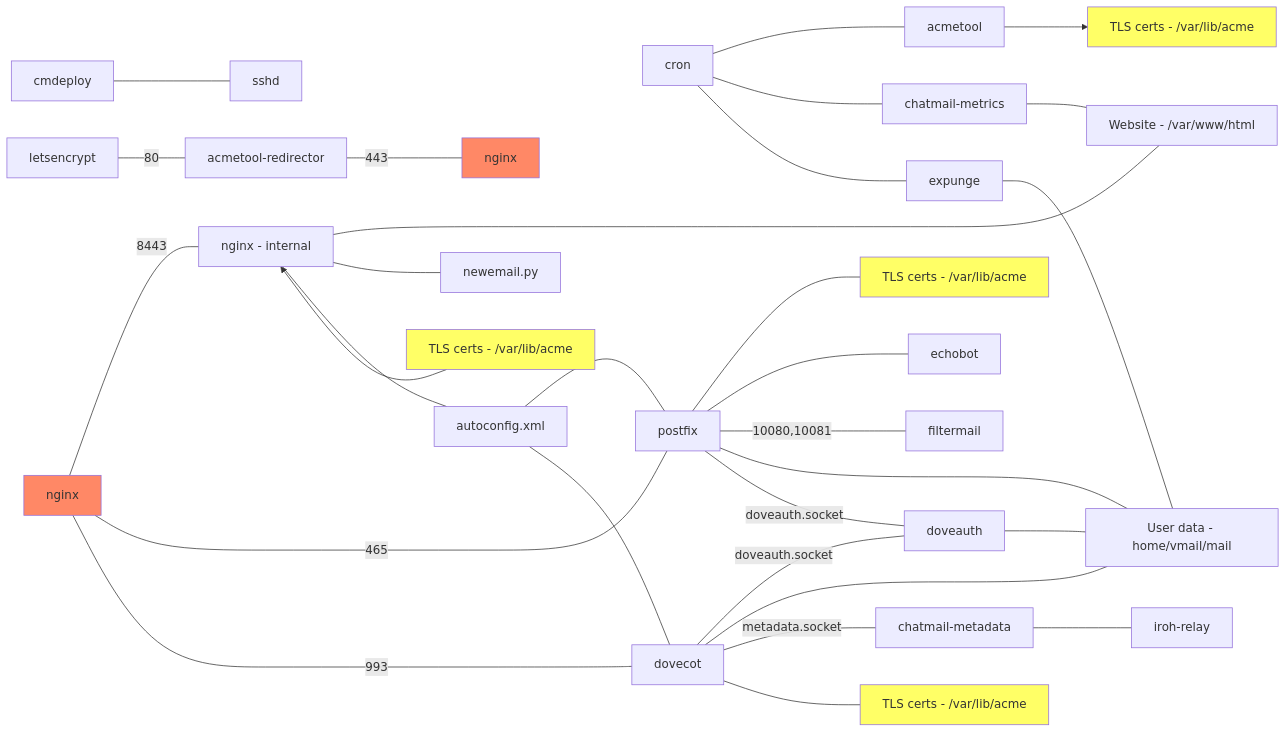
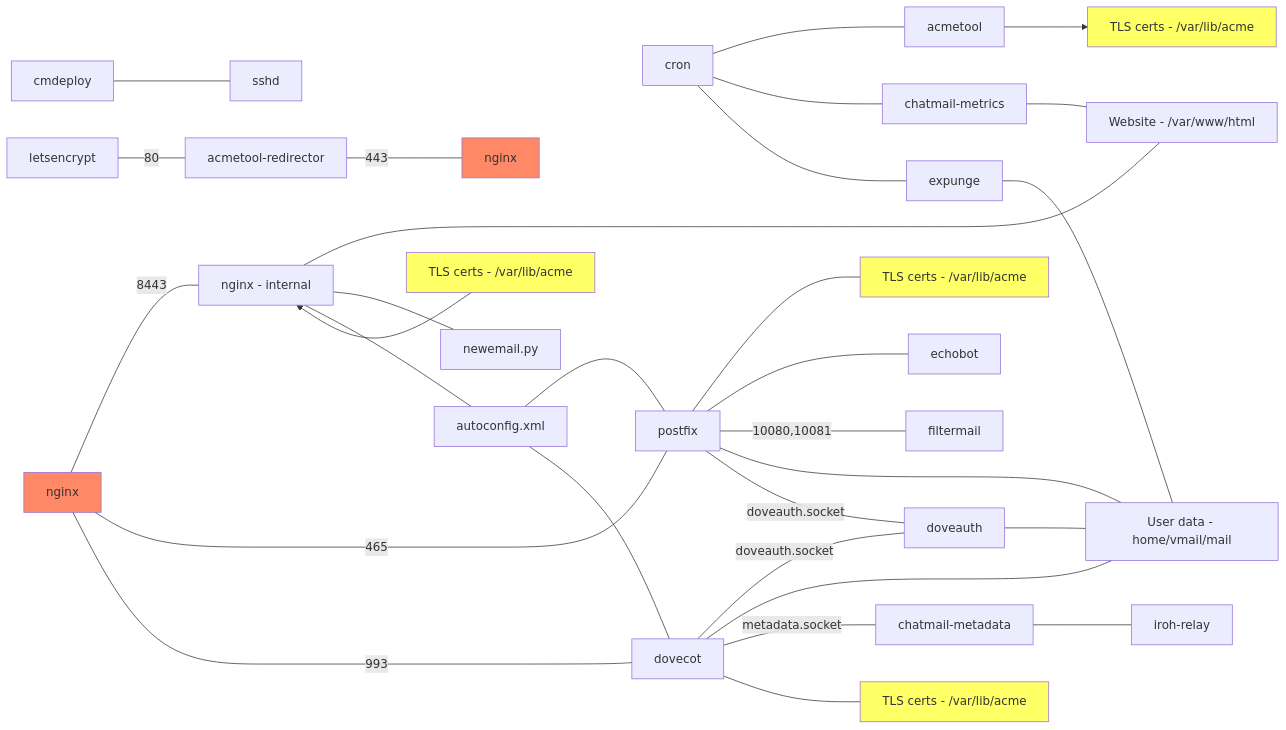
The diagram in ARCHITECTURE.md (cliffmccarthy/chatmail-relay), drawn with Mermaid before and after one commit.

````diff
--- a/ARCHITECTURE.md
+++ b/ARCHITECTURE.md
@@ -4,39 +4,38 @@
 ```mermaid
 graph LR;
     cmdeploy --- sshd;
     letsencrypt --- |80|acmetool-redirector;
     acmetool-redirector --- |443|nginx-right[nginx];
     nginx --- |8443|nginx-internal[nginx - internal];
     nginx-internal ~~~ certs-nginx[TLS certs - /var/lib/acme] --> nginx-internal;
-    certs-nginx ~~~ nginx-internal;
     nginx-internal --- website[Website - /var/www/html];
     nginx-internal --- newemail.py;
     nginx-internal --- autoconfig.xml;
     cron --- acmetool;
     cron --- chatmail-metrics;
     cron --- expunge;
     chatmail-metrics --- website;
     acmetool --> certs[TLS certs - /var/lib/acme];
     nginx --- |465|postfix;
     nginx --- |993|dovecot;
     autoconfig.xml --- postfix;
     autoconfig.xml --- dovecot;
     postfix --- certs-postfix[TLS certs - /var/lib/acme];
     postfix --- echobot;
     postfix --- |10080,10081|filtermail;
     postfix --- users[User data - home/vmail/mail];
     postfix --- |doveauth.socket|doveauth;
     dovecot --- |doveauth.socket|doveauth;
     dovecot --- users;
     dovecot --- |metadata.socket|chatmail-metadata;
     dovecot --- certs-dovecot[TLS certs - /var/lib/acme];
     doveauth --- users;
     expunge --- users;
     chatmail-metadata --- iroh-relay;
     style certs fill:#ff6;
     style certs-nginx fill:#ff6;
     style certs-postfix fill:#ff6;
     style certs-dovecot fill:#ff6;
     style nginx fill:#f86;
     style nginx-right fill:#f86;
 ```
````
